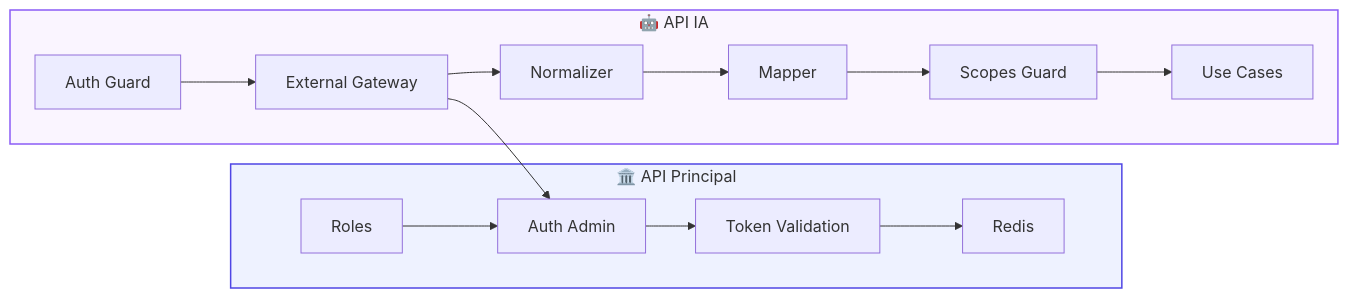
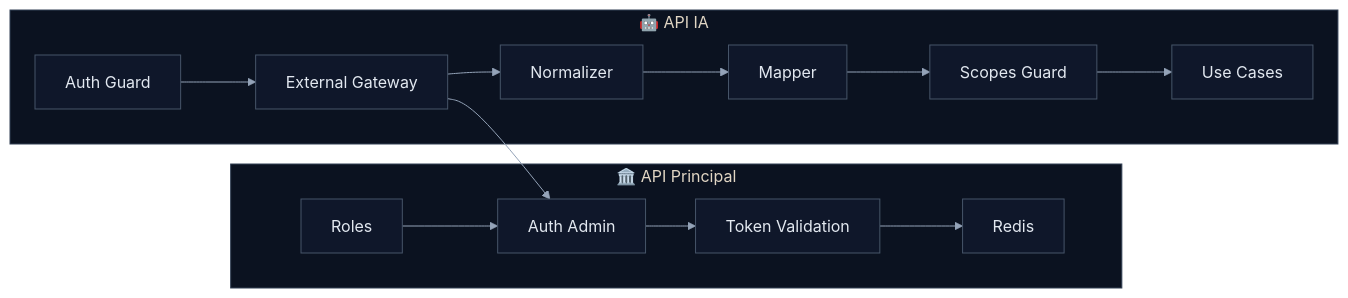
The sixth of 8 diagrams in RFC-0001-Auth.md (matheusdiamantino-betalent/IA), drawn with Mermaid before and after one commit. The commit also changed other lines of this file, not shown here.

````diff
--- a/RFC-0001-Auth.md
+++ b/RFC-0001-Auth.md
@@ -615,32 +411,32 @@
 ```mermaid
+%%{init: {'theme':'base','themeVariables': {
+  'primaryColor':'#0f172a','primaryTextColor':'#e2e8f0','primaryBorderColor':'#475569','lineColor':'#94a3b8','secondaryColor':'#111827','tertiaryColor':'#1e293b','background':'#020617','mainBkg':'#0f172a','secondBkg':'#111827','tertiaryBkg':'#1e293b','clusterBkg':'#0b1220','clusterBorder':'#334155','edgeLabelBackground':'#0f172a','fontFamily':'Inter, Segoe UI, Arial'
+}}}%%
 flowchart LR
     subgraph MAIN[🏛️ API Principal]
         A1[Auth Admin]
         A2[Roles]
         A3[Token Validation]
         A4[Redis]
     end
 
     subgraph AI[🤖 API IA]
         B1[Auth Guard]
         B2[External Gateway]
         B3[Normalizer]
         B4[Mapper]
         B5[Scopes Guard]
         B6[Use Cases]
     end
 
     A1 --> A3
     A3 --> A4
     A2 --> A1
 
     B1 --> B2
     B2 --> A1
     B2 --> B3
     B3 --> B4
     B4 --> B5
     B5 --> B6
-
-    style MAIN fill:#eef2ff,stroke:#4f46e5,stroke-width:1.5px
-    style AI fill:#faf5ff,stroke:#8b5cf6,stroke-width:1.5px
 ```
````
